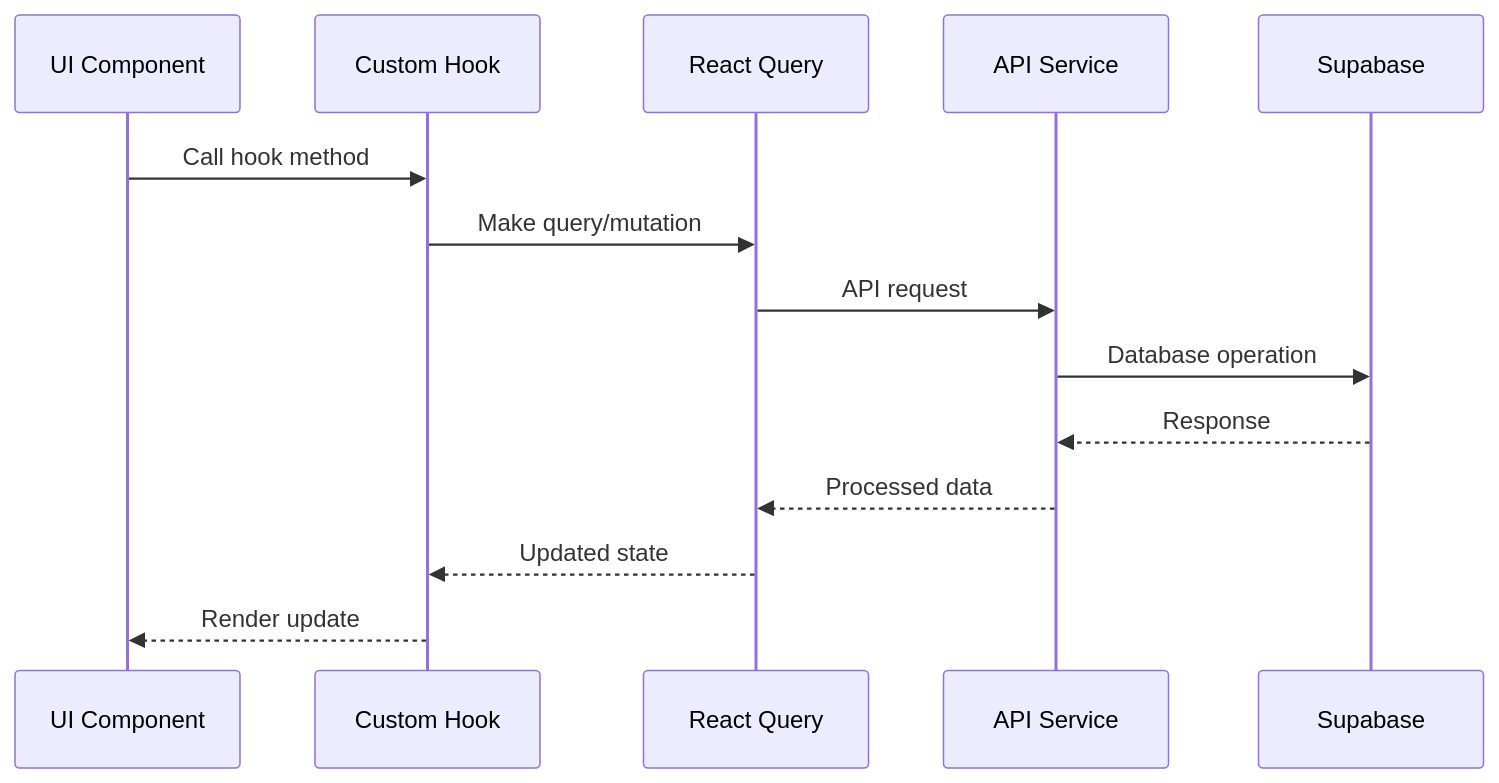
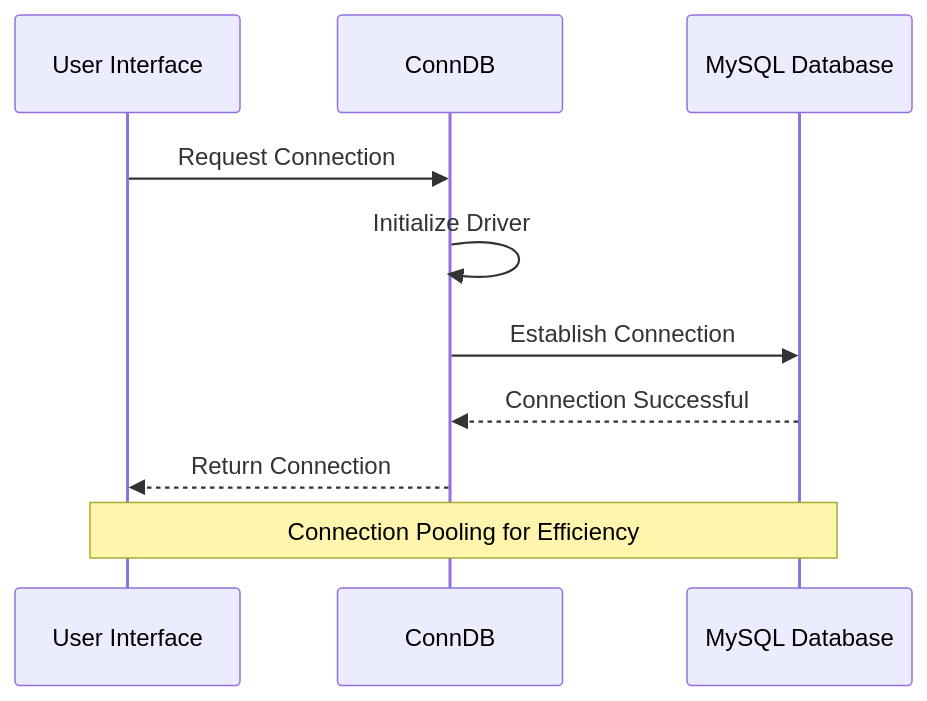
Before and after one commit to Barath-07-tech/codebase_doc: the second of 3 diagrams in docs/architecture.md, drawn with Mermaid. The commit also changed other lines of this file and 16 other files, not shown here.

````diff
--- a/docs/architecture.md
+++ b/docs/architecture.md
@@ -131,17 +92,14 @@
 ```mermaid
 sequenceDiagram
-    participant UI as UI Component
-    participant Hook as Custom Hook
-    participant Query as React Query
-    participant API as API Service
-    participant DB as Supabase
+    participant UI as User Interface
+    participant DB as ConnDB
+    participant SQL as MySQL Database
 
-    UI->>Hook: Call hook method
-    Hook->>Query: Make query/mutation
-    Query->>API: API request
-    API->>DB: Database operation
-    DB-->>API: Response
-    API-->>Query: Processed data
-    Query-->>Hook: Updated state
-    Hook-->>UI: Render update
+    UI->>DB: Request Connection
+    DB->>DB: Initialize Driver
+    DB->>SQL: Establish Connection
+    SQL-->>DB: Connection Successful
+    DB-->>UI: Return Connection
+
+    Note over UI,SQL: Connection Pooling for Efficiency
 ```
````
